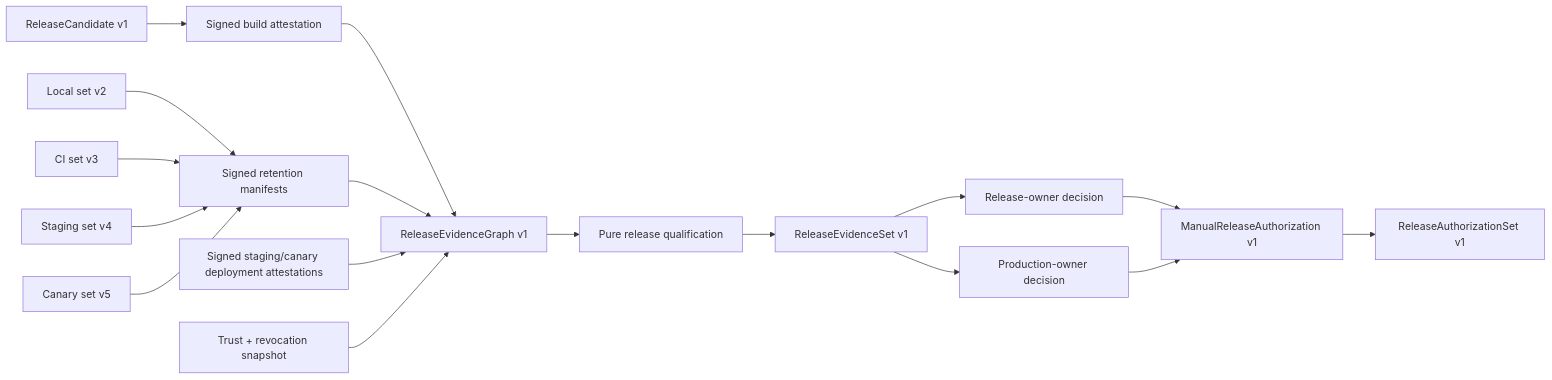
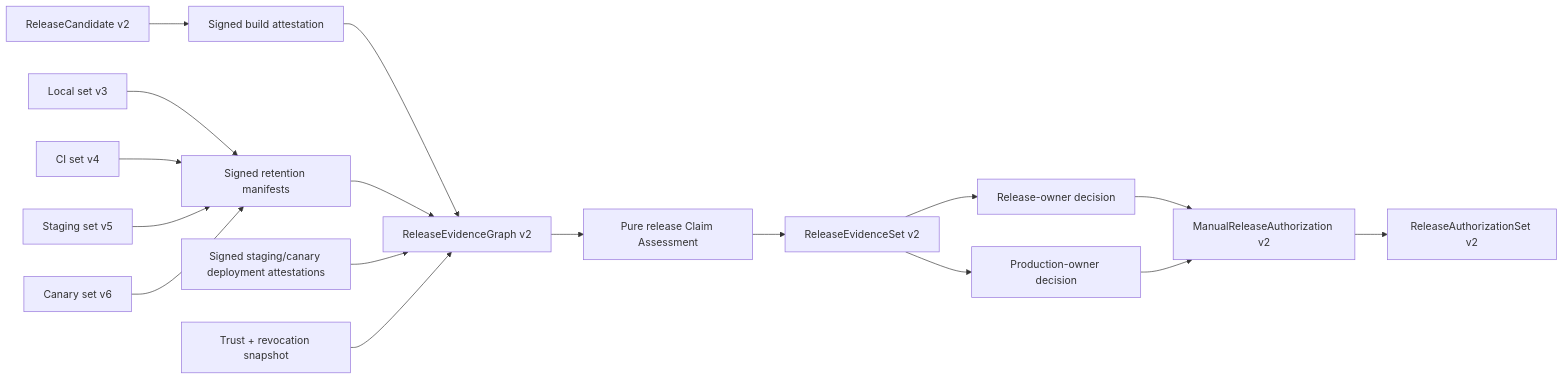
The diagram in .flow/specs/fn-30-release-evidence-graph-and-manual.md (stephanos/temporal), drawn with Mermaid before and after one commit. The commit also changed other lines of this file and 277 other files, not shown here.

````diff
--- a/.flow/specs/fn-30-release-evidence-graph-and-manual.md
+++ b/.flow/specs/fn-30-release-evidence-graph-and-manual.md
@@ -44,19 +44,19 @@
 ```mermaid
 flowchart LR
-  C[ReleaseCandidate v1] --> B[Signed build attestation]
-  L[Local set v2] --> M[Signed retention manifests]
-  I[CI set v3] --> M
-  S[Staging set v4] --> M
-  N[Canary set v5] --> M
-  B --> G[ReleaseEvidenceGraph v1]
+  C[ReleaseCandidate v2] --> B[Signed build attestation]
+  L[Local set v3] --> M[Signed retention manifests]
+  I[CI set v4] --> M
+  S[Staging set v5] --> M
+  N[Canary set v6] --> M
+  B --> G[ReleaseEvidenceGraph v2]
   M --> G
   D[Signed staging/canary deployment attestations] --> G
   T[Trust + revocation snapshot] --> G
-  G --> Q[Pure release qualification]
-  Q --> E[ReleaseEvidenceSet v1]
+  G --> Q[Pure release Claim Assessment]
+  Q --> E[ReleaseEvidenceSet v2]
   E --> A1[Release-owner decision]
   E --> A2[Production-owner decision]
-  A1 --> A[ManualReleaseAuthorization v1]
+  A1 --> A[ManualReleaseAuthorization v2]
   A2 --> A
-  A --> O[ReleaseAuthorizationSet v1]
+  A --> O[ReleaseAuthorizationSet v2]
 ```
````
